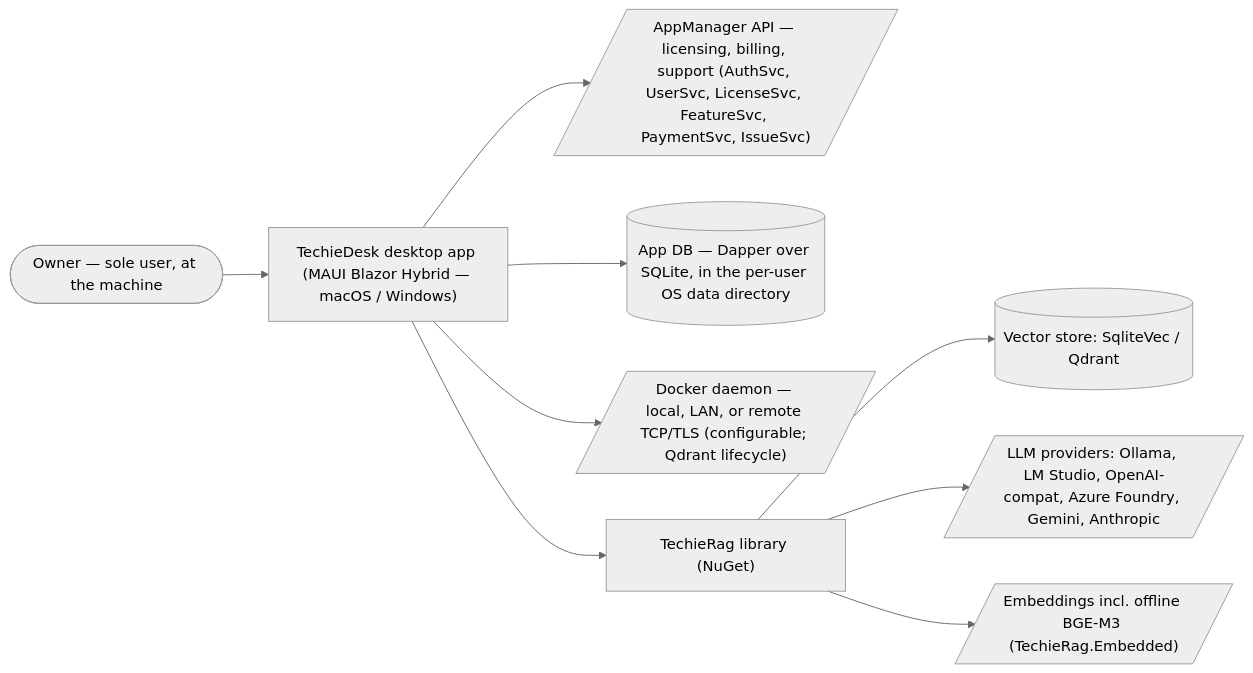
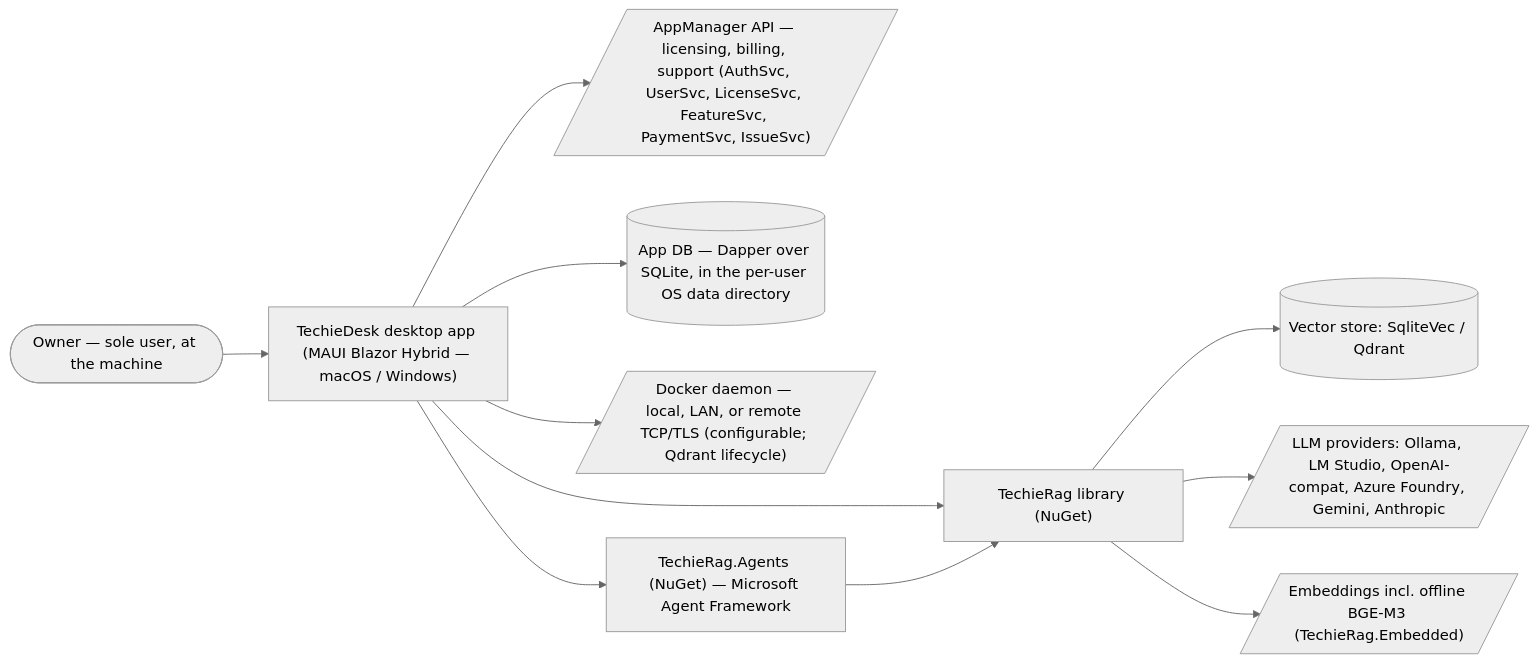
One commit to techierathore/TechieRag changed the first of 5 diagrams in docs/TechieDesk-BRD.md. Above: the diagram before and after it, drawn with Mermaid (neutral theme). The commit also changed other lines of this file and 15 other files, not shown here.

````diff
--- a/docs/TechieDesk-BRD.md
+++ b/docs/TechieDesk-BRD.md
@@ -160,11 +163,13 @@
 ```mermaid
 flowchart LR
   Owner(["Owner — sole user, at the machine"]) --> App["TechieDesk desktop app (MAUI Blazor Hybrid — macOS / Windows)"]
   App --> AM[/"AppManager API — licensing, billing, support (AuthSvc, UserSvc, LicenseSvc, FeatureSvc, PaymentSvc, IssueSvc)"/]
   App --> DB[("App DB — Dapper over SQLite, in the per-user OS data directory")]
   App --> Docker[/"Docker daemon — local, LAN, or remote TCP/TLS (configurable; Qdrant lifecycle)"/]
   App --> Lib["TechieRag library (NuGet)"]
+  App --> Agents["TechieRag.Agents (NuGet) — Microsoft Agent Framework"]
+  Agents --> Lib
   Lib --> Vec[("Vector store: SqliteVec / Qdrant")]
   Lib --> LLM[/"LLM providers: Ollama, LM Studio, OpenAI-compat, Azure Foundry, Gemini, Anthropic"/]
   Lib --> Emb[/"Embeddings incl. offline BGE-M3 (TechieRag.Embedded)"/]
 ```
````
